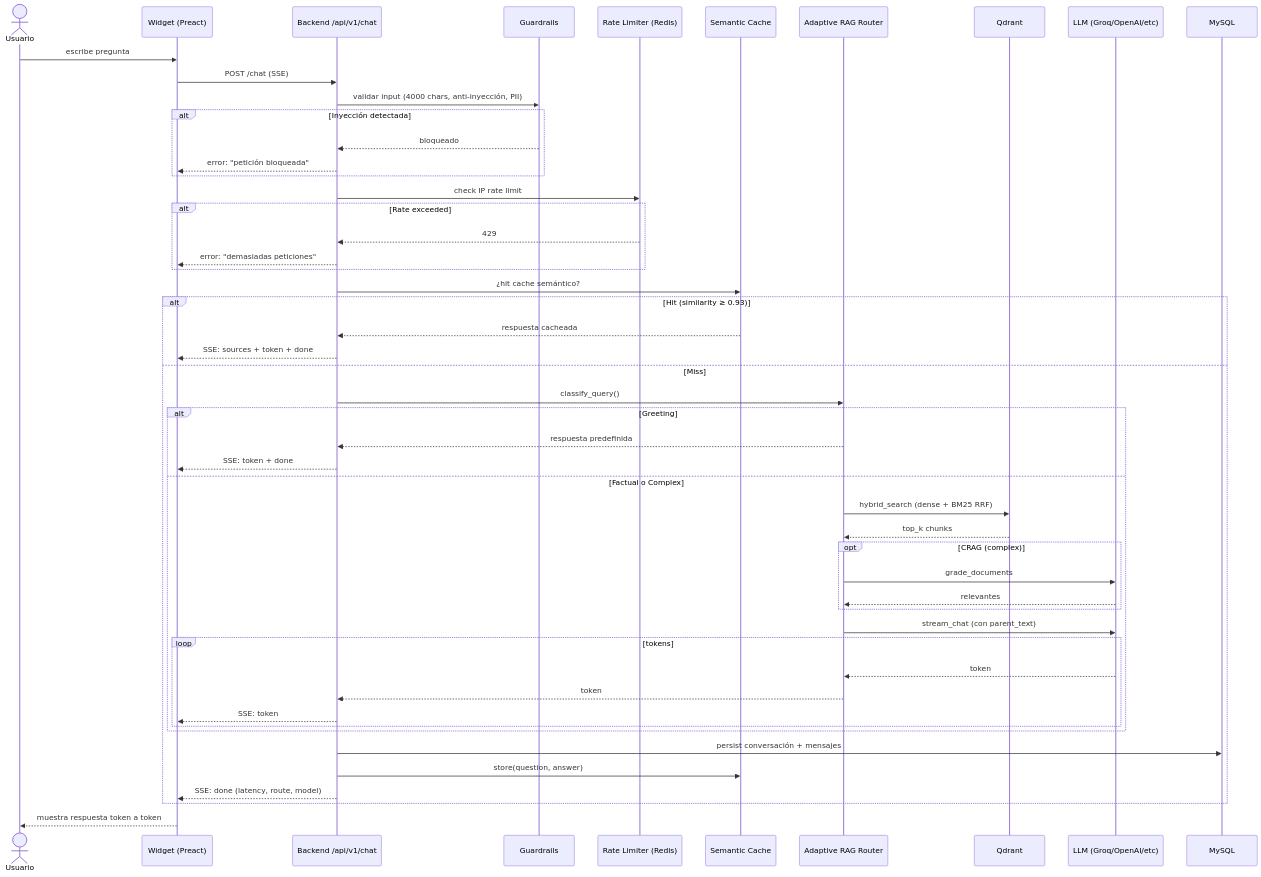
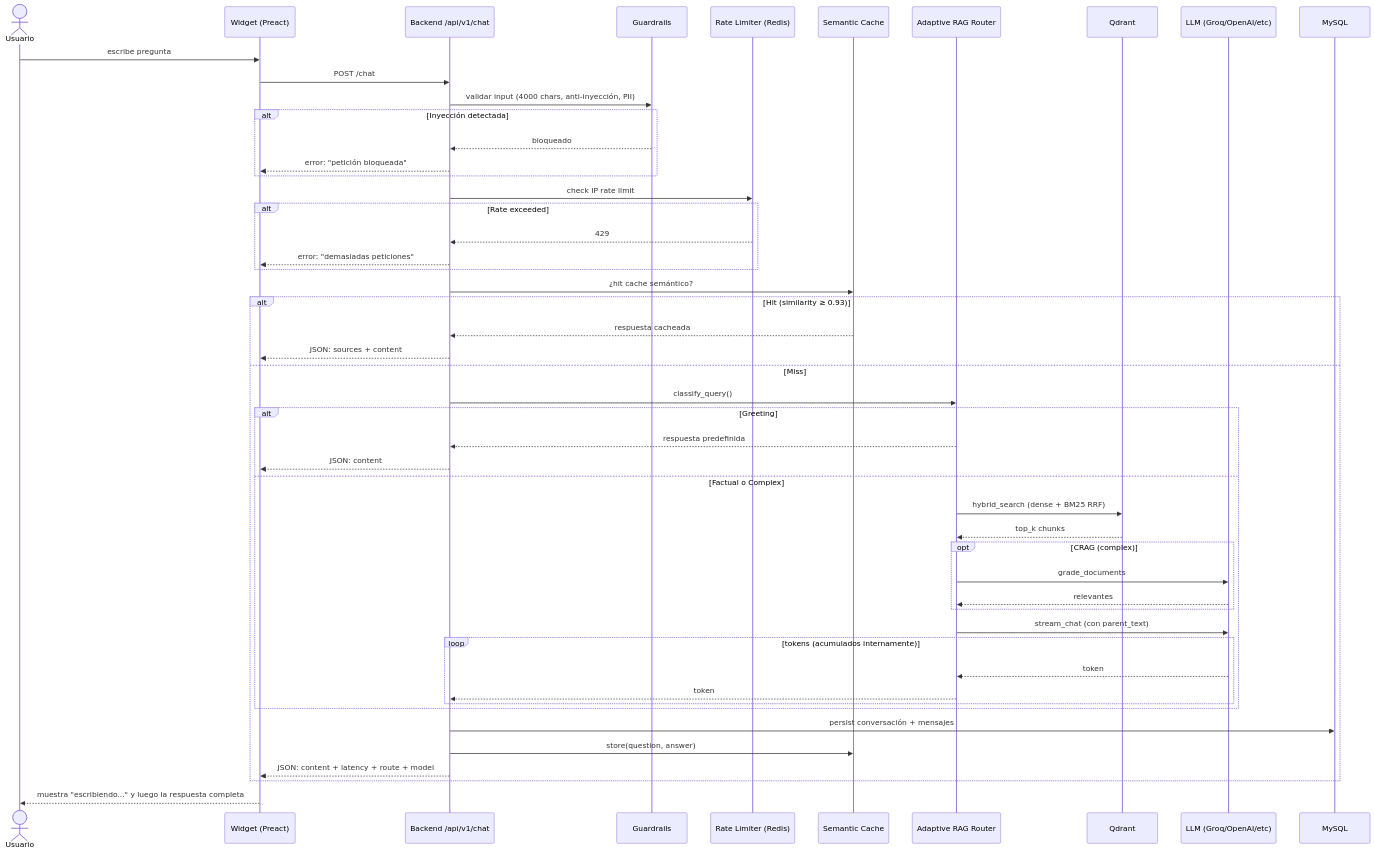
The third of 6 diagrams in docs/ARCHITECTURE.md (AdoDeveloper/chatbot-uso), drawn with Mermaid before and after one commit. The commit also changed other lines of this file and 9 other files, not shown here.

````diff
--- a/docs/ARCHITECTURE.md
+++ b/docs/ARCHITECTURE.md
@@ -107,59 +107,58 @@
 ```mermaid
 sequenceDiagram
     actor U as Usuario
     participant W as Widget (Preact)
     participant API as Backend /api/v1/chat
     participant G as Guardrails
     participant RL as Rate Limiter (Redis)
     participant SC as Semantic Cache
     participant R as Adaptive RAG Router
     participant Q as Qdrant
     participant L as LLM (Groq/OpenAI/etc)
     participant DB as MySQL
 
     U->>W: escribe pregunta
-    W->>API: POST /chat (SSE)
+    W->>API: POST /chat
 
     API->>G: validar input (4000 chars, anti-inyección, PII)
     alt Inyección detectada
         G-->>API: bloqueado
         API-->>W: error: "petición bloqueada"
     end
 
     API->>RL: check IP rate limit
     alt Rate exceeded
         RL-->>API: 429
         API-->>W: error: "demasiadas peticiones"
     end
 
     API->>SC: ¿hit cache semántico?
     alt Hit (similarity ≥ 0.93)
         SC-->>API: respuesta cacheada
-        API-->>W: SSE: sources + token + done
+        API-->>W: JSON: sources + content
     else Miss
         API->>R: classify_query()
         alt Greeting
             R-->>API: respuesta predefinida
-            API-->>W: SSE: token + done
+            API-->>W: JSON: content
         else Factual o Complex
             R->>Q: hybrid_search (dense + BM25 RRF)
             Q-->>R: top_k chunks
             opt CRAG (complex)
                 R->>L: grade_documents
                 L-->>R: relevantes
             end
             R->>L: stream_chat (con parent_text)
-            loop tokens
+            loop tokens (acumulados internamente)
                 L-->>R: token
                 R-->>API: token
-                API-->>W: SSE: token
             end
         end
 
         API->>DB: persist conversación + mensajes
         API->>SC: store(question, answer)
-        API-->>W: SSE: done (latency, route, model)
+        API-->>W: JSON: content + latency + route + model
     end
 
-    W-->>U: muestra respuesta token a token
+    W-->>U: muestra "escribiendo..." y luego la respuesta completa
 ```
````
